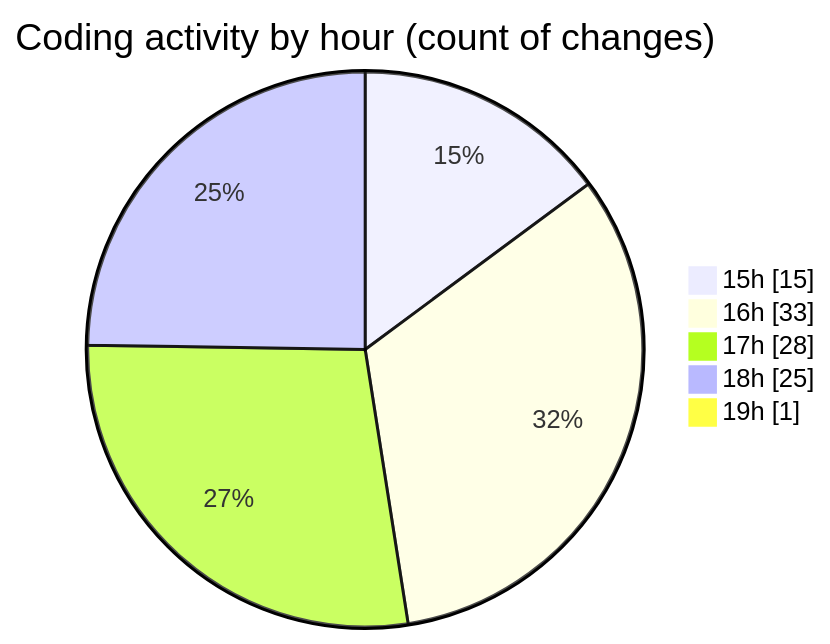
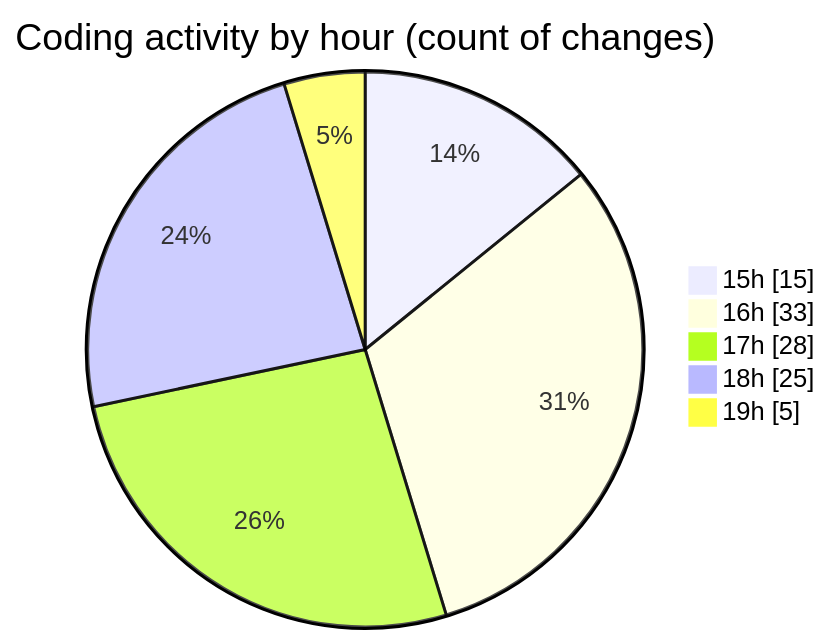
Before and after one commit to donsfak/code-tracking: the second of 2 diagrams in 2025-02-25/trackers_app/README.md, drawn with Mermaid. The commit also changed other lines of this file and 1 other file, not shown here.

````diff
--- a/2025-02-25/trackers_app/README.md
+++ b/2025-02-25/trackers_app/README.md
@@ -40,9 +41,9 @@
 ```mermaid
 pie showData
 title Coding activity by hour (count of changes)
 "15h" : 15
 "16h" : 33
 "17h" : 28
 "18h" : 25
-"19h" : 1
+"19h" : 5
 ```
````
